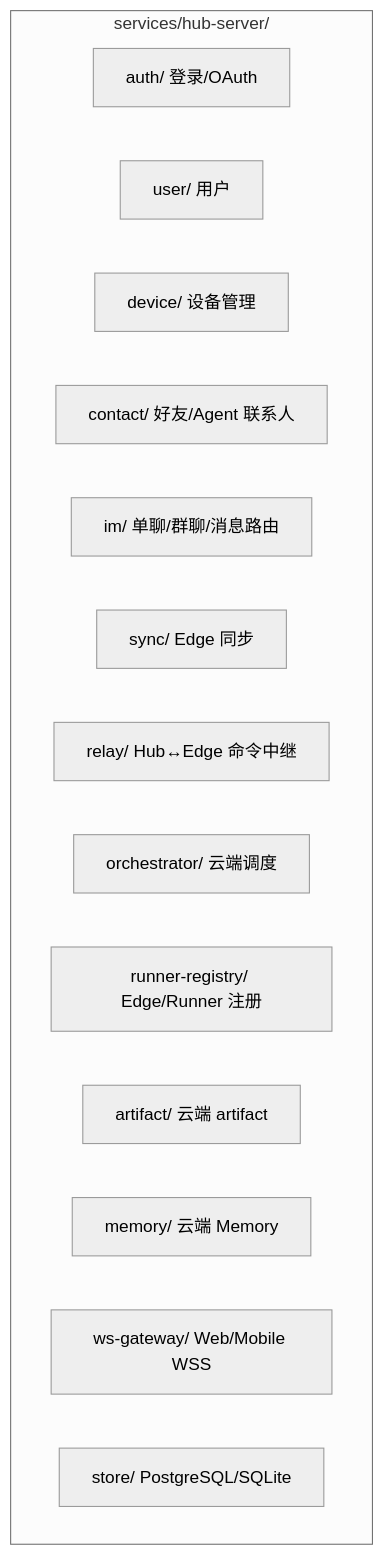
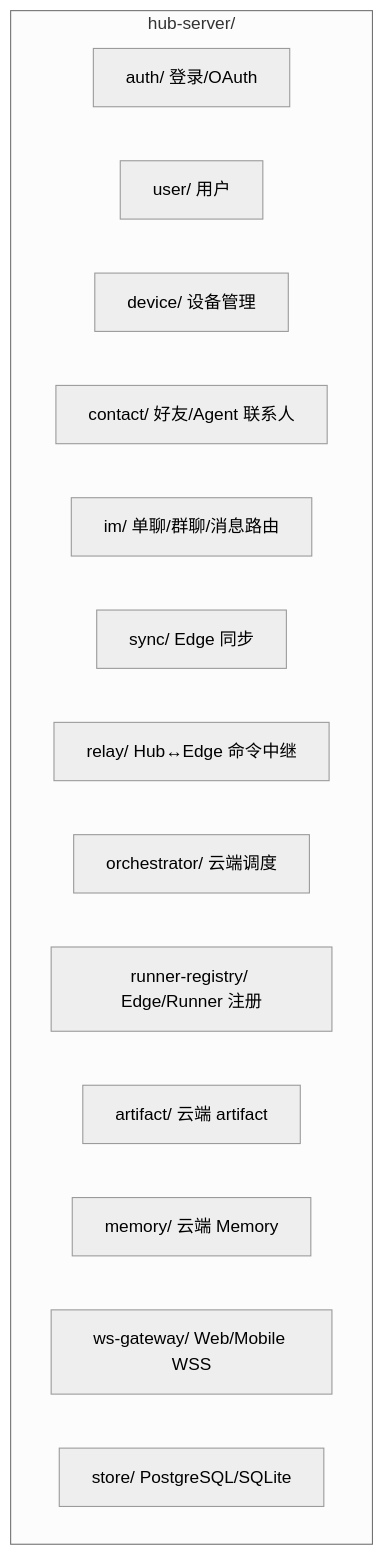
The second of 10 diagrams in docs/architecture.md (TokenDanceLab/AgentHub), drawn with Mermaid (neutral theme) before and after one commit. The commit also changed other lines of this file and 112 other files, not shown here.

````diff
--- a/docs/architecture.md
+++ b/docs/architecture.md
@@ -38,18 +38,18 @@
 ```mermaid
 graph TB
-    subgraph Hub["services/hub-server/"]
+    subgraph Hub["hub-server/"]
         Auth["auth/ 登录/OAuth"]
         User["user/ 用户"]
         Device["device/ 设备管理"]
         Contact["contact/ 好友/Agent 联系人"]
         IM["im/ 单聊/群聊/消息路由"]
         Sync["sync/ Edge 同步"]
         Relay["relay/ Hub↔Edge 命令中继"]
         Orch["orchestrator/ 云端调度"]
         Reg["runner-registry/ Edge/Runner 注册"]
         Art["artifact/ 云端 artifact"]
         Mem["memory/ 云端 Memory"]
         WSG["ws-gateway/ Web/Mobile WSS"]
         Store["store/ PostgreSQL/SQLite"]
     end
 ```
````
